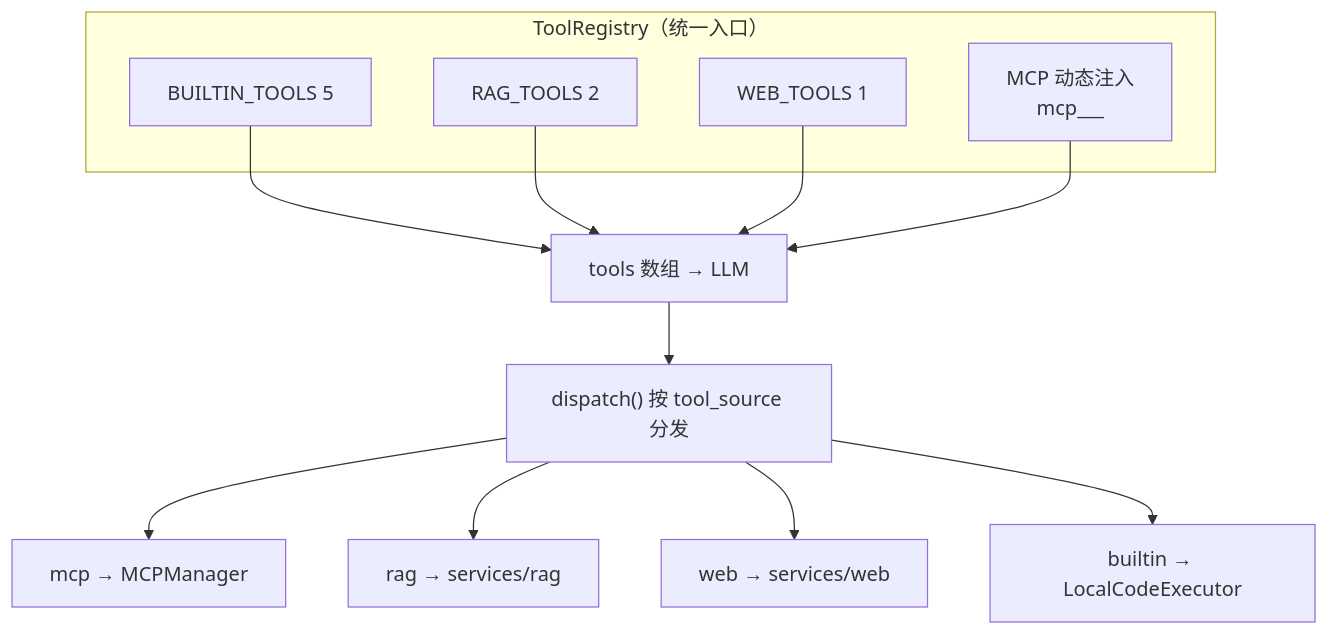
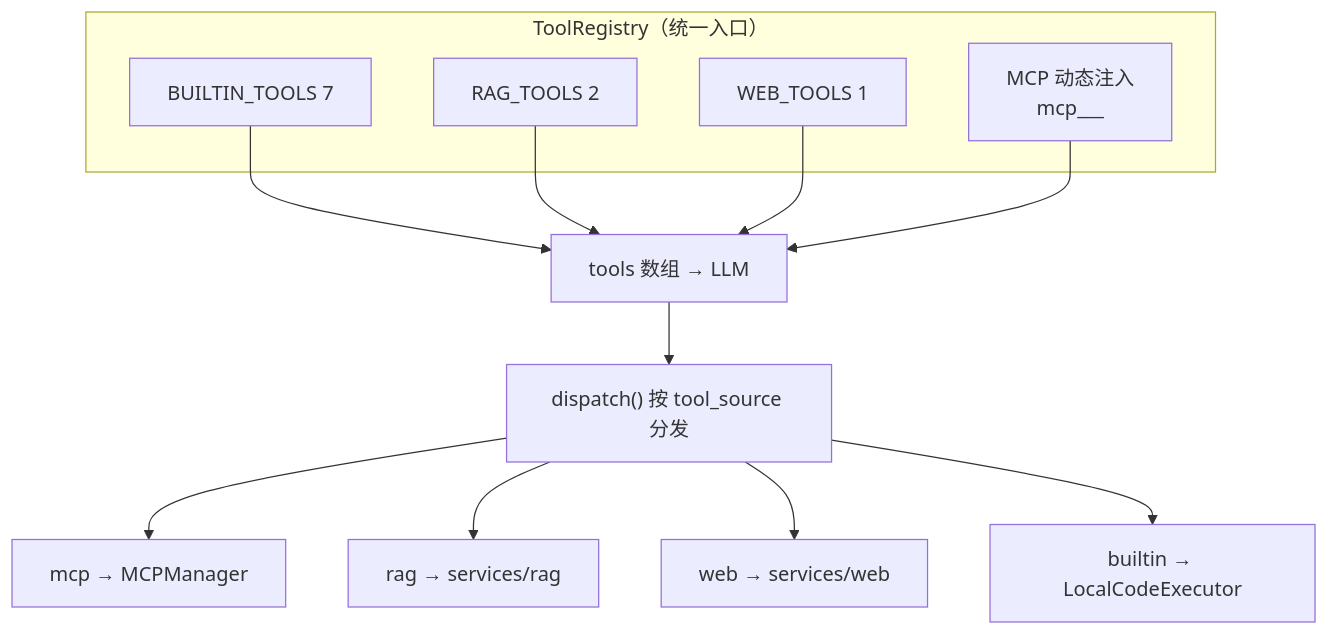
The first of 4 diagrams in doc/analysis/02_能力链实现.md (lzptouch/agent-platform), drawn with Mermaid before and after one commit. The commit also changed other lines of this file and 514 other files, not shown here.

````diff
--- a/doc/analysis/02_能力链实现.md
+++ b/doc/analysis/02_能力链实现.md
@@ -15,18 +15,18 @@
 ```mermaid
 flowchart TB
     subgraph REG["ToolRegistry（统一入口）"]
-        R1["BUILTIN_TOOLS 5"]
+        R1["BUILTIN_TOOLS 7"]
         R2["RAG_TOOLS 2"]
         R3["WEB_TOOLS 1"]
         R4["MCP 动态注入<br/>mcp_<server>__<tool>"]
     end
     R1 --> T["tools 数组 → LLM"]
     R2 --> T
     R3 --> T
     R4 --> T
     T --> D["dispatch() 按 tool_source 分发"]
     D --> D1["mcp → MCPManager"]
     D --> D2["rag → services/rag"]
     D --> D3["web → services/web"]
     D --> D4["builtin → LocalCodeExecutor"]
 ```
````
